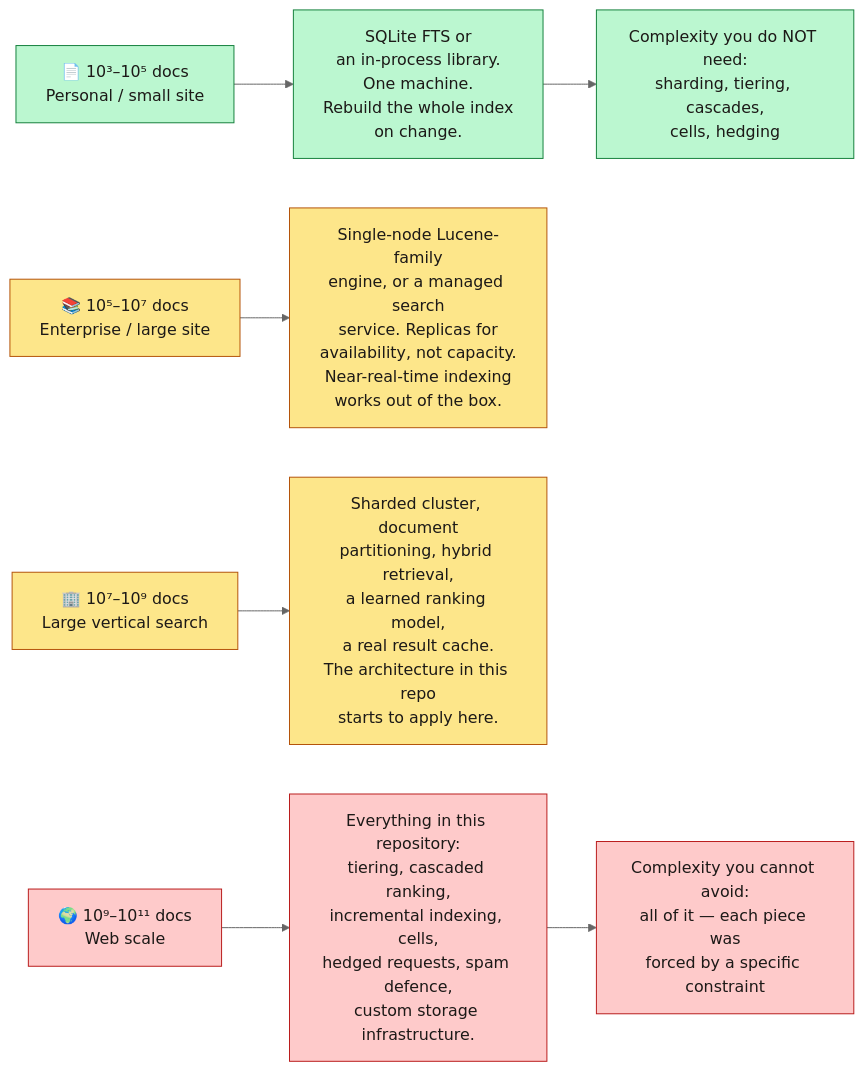
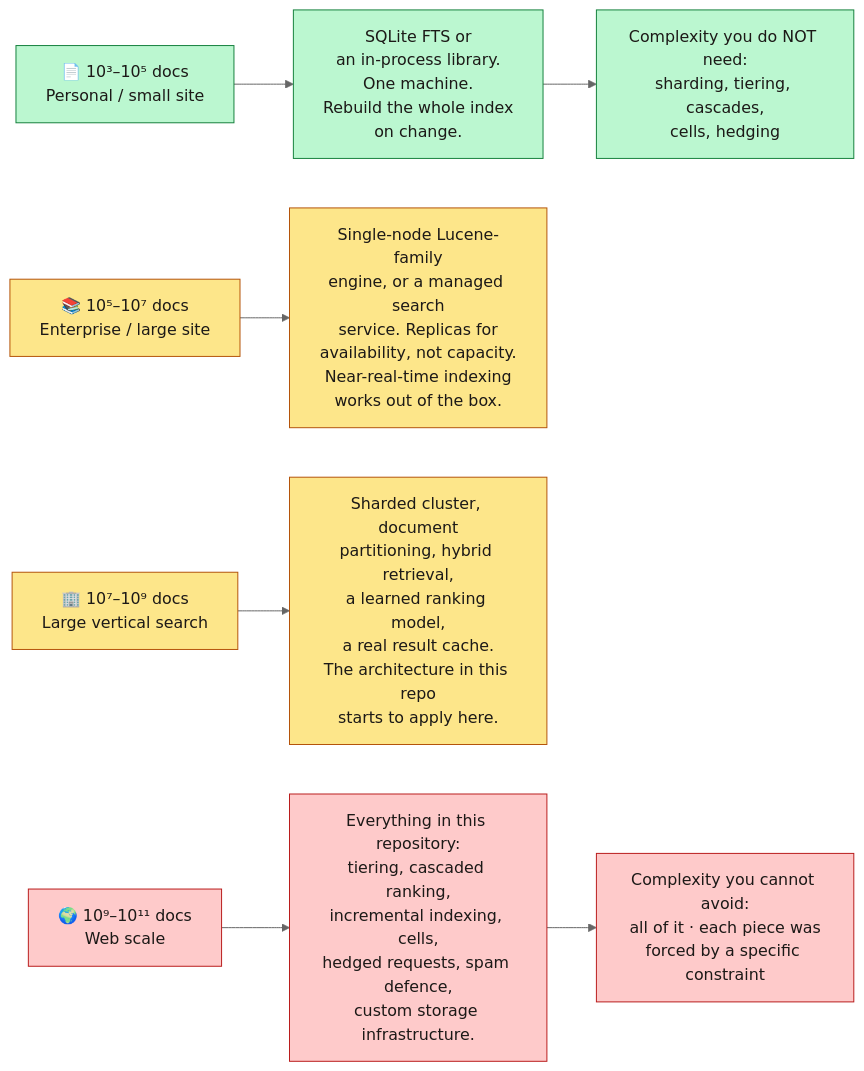
The third of 3 diagrams in docs/en/15-tradeoffs.md (ahmedselimmansor-ctrl/google-search-system-design), drawn with Mermaid (neutral theme) before and after one commit. The commit also changed other lines of this file and 89 other files, not shown here.

````diff
--- a/docs/en/15-tradeoffs.md
+++ b/docs/en/15-tradeoffs.md
@@ -147,24 +147,24 @@
 ```mermaid
 flowchart LR
     S1["📄 10³–10⁵ docs<br/>Personal / small site"]
     S1 --> A1["SQLite FTS or<br/>an in-process library.<br/>One machine.<br/>Rebuild the whole index<br/>on change."]
 
     S2["📚 10⁵–10⁷ docs<br/>Enterprise / large site"]
     S2 --> A2["Single-node Lucene-family<br/>engine, or a managed search<br/>service. Replicas for<br/>availability, not capacity.<br/>Near-real-time indexing<br/>works out of the box."]
 
     S3["🏢 10⁷–10⁹ docs<br/>Large vertical search"]
     S3 --> A3["Sharded cluster, document<br/>partitioning, hybrid retrieval,<br/>a learned ranking model,<br/>a real result cache.<br/>The architecture in this repo<br/>starts to apply here."]
 
     S4["🌍 10⁹–10¹¹ docs<br/>Web scale"]
     S4 --> A4["Everything in this repository:<br/>tiering, cascaded ranking,<br/>incremental indexing, cells,<br/>hedged requests, spam defence,<br/>custom storage infrastructure."]
 
     A1 --> N1["Complexity you do NOT need:<br/>sharding, tiering, cascades,<br/>cells, hedging"]
-    A4 --> N2["Complexity you cannot avoid:<br/>all of it — each piece was<br/>forced by a specific constraint"]
+    A4 --> N2["Complexity you cannot avoid:<br/>all of it · each piece was<br/>forced by a specific constraint"]
 
     classDef small fill:#bbf7d0,stroke:#15803d,color:#1c1917
     classDef mid fill:#fde68a,stroke:#b45309,color:#1c1917
     classDef large fill:#fecaca,stroke:#b91c1c,color:#1c1917
     class S1,A1,N1 small
     class S2,A2,S3,A3 mid
     class S4,A4,N2 large
 ```
````
